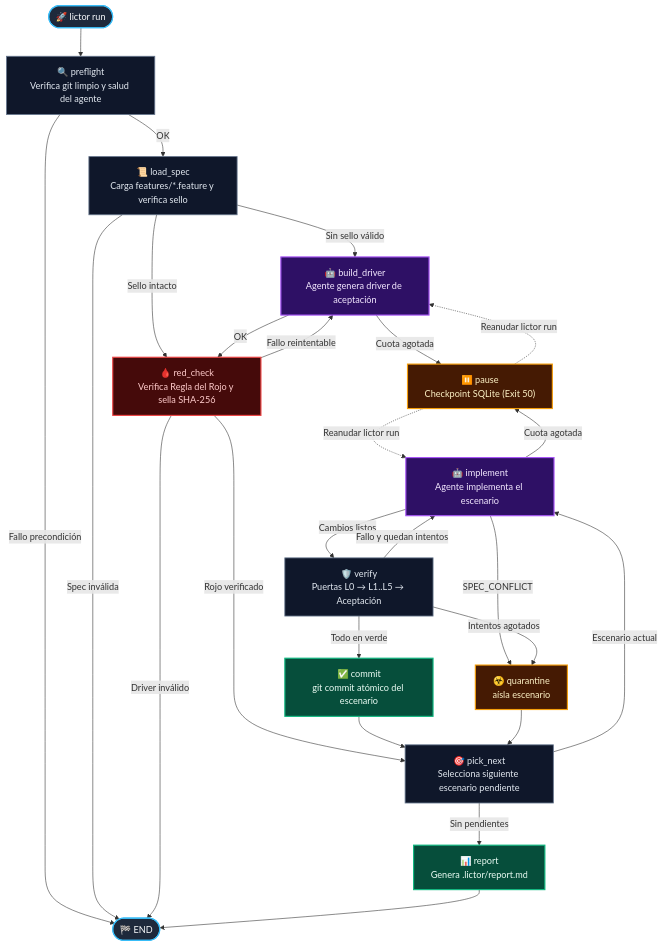
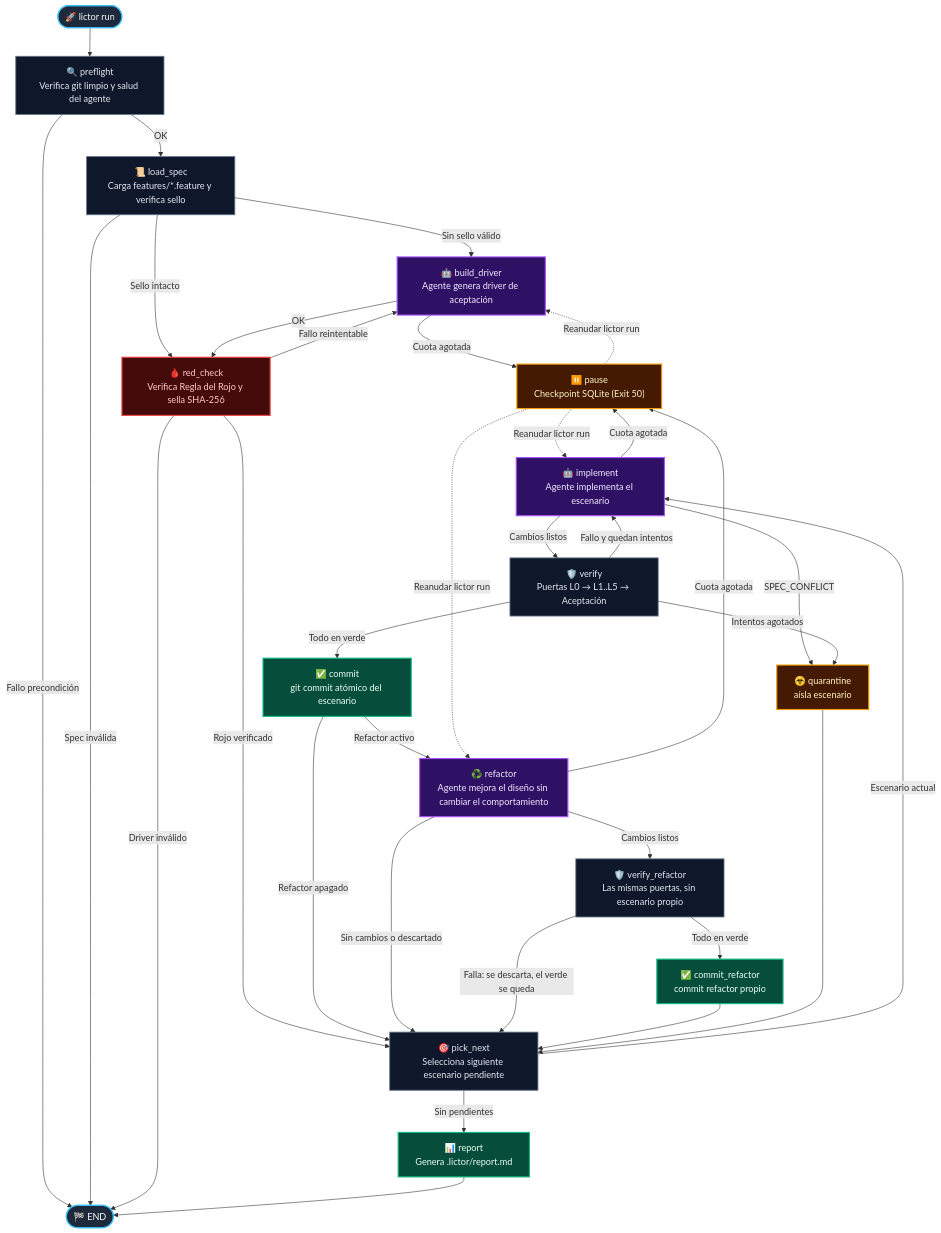
Before and after one commit to jmorenobl/lictor: the first of 2 diagrams in README.md, drawn with Mermaid. The commit also changed other lines of this file and 48 other files, not shown here.

````diff
--- a/README.md
+++ b/README.md
@@ -86,34 +87,42 @@
 ```mermaid
 flowchart TD
     classDef entry fill:#1E293B,stroke:#38BDF8,stroke-width:2px,color:#F8FAFC
     classDef gate fill:#0F172A,stroke:#64748B,stroke-width:1.5px,color:#E2E8F0
     classDef agent fill:#2E1065,stroke:#A855F7,stroke-width:2px,color:#F3E8FF
     classDef red fill:#450A0A,stroke:#EF4444,stroke-width:2px,color:#FECACA
     classDef green fill:#064E3B,stroke:#10B981,stroke-width:2px,color:#ECFDF5
     classDef warn fill:#451A03,stroke:#F59E0B,stroke-width:2px,color:#FEF3C7
 
     Start(["🚀 lictor run"]):::entry --> preflight["🔍 preflight<br/>Verifica git limpio y salud del agente"]:::gate
     preflight -->|Fallo precondición| End(["🏁 END"]):::entry
     preflight -->|OK| load_spec["📜 load_spec<br/>Carga features/*.feature y verifica sello"]:::gate
     load_spec -->|Spec inválida| End
     load_spec -->|Sin sello válido| build_driver["🤖 build_driver<br/>Agente genera driver de aceptación"]:::agent
     load_spec -->|Sello intacto| red_check["🩸 red_check<br/>Verifica Regla del Rojo y sella SHA-256"]:::red
     build_driver -->|Cuota agotada| pause["⏸️ pause<br/>Checkpoint SQLite (Exit 50)"]:::warn
     build_driver -->|OK| red_check
     red_check -->|Fallo reintentable| build_driver
     red_check -->|Driver inválido| End
     red_check -->|Rojo verificado| pick_next["🎯 pick_next<br/>Selecciona siguiente escenario pendiente"]:::gate
     pick_next -->|Sin pendientes| report["📊 report<br/>Genera .lictor/report.md"]:::green
     pick_next -->|Escenario actual| implement["🤖 implement<br/>Agente implementa el escenario"]:::agent
     implement -->|Cuota agotada| pause
     implement -->|SPEC_CONFLICT| quarantine["☣️ quarantine<br/>aísla escenario"]:::warn
     implement -->|Cambios listos| verify["🛡️ verify<br/>Puertas L0 → L1..L5 → Aceptación"]:::gate
     verify -->|Todo en verde| commit["✅ commit<br/>git commit atómico del escenario"]:::green
     verify -->|Fallo y quedan intentos| implement
     verify -->|Intentos agotados| quarantine
-    commit --> pick_next
+    commit -->|Refactor apagado| pick_next
+    commit -->|Refactor activo| refactor["♻️ refactor<br/>Agente mejora el diseño sin cambiar el comportamiento"]:::agent
+    refactor -->|Sin cambios o descartado| pick_next
+    refactor -->|Cuota agotada| pause
+    refactor -->|Cambios listos| verify_refactor["🛡️ verify_refactor<br/>Las mismas puertas, sin escenario propio"]:::gate
+    verify_refactor -->|Falla: se descarta, el verde se queda| pick_next
+    verify_refactor -->|Todo en verde| commit_refactor["✅ commit_refactor<br/>commit refactor propio"]:::green
+    commit_refactor --> pick_next
     quarantine --> pick_next
     pause -.->|Reanudar lictor run| implement
     pause -.->|Reanudar lictor run| build_driver
+    pause -.->|Reanudar lictor run| refactor
     report --> End
 ```
````
